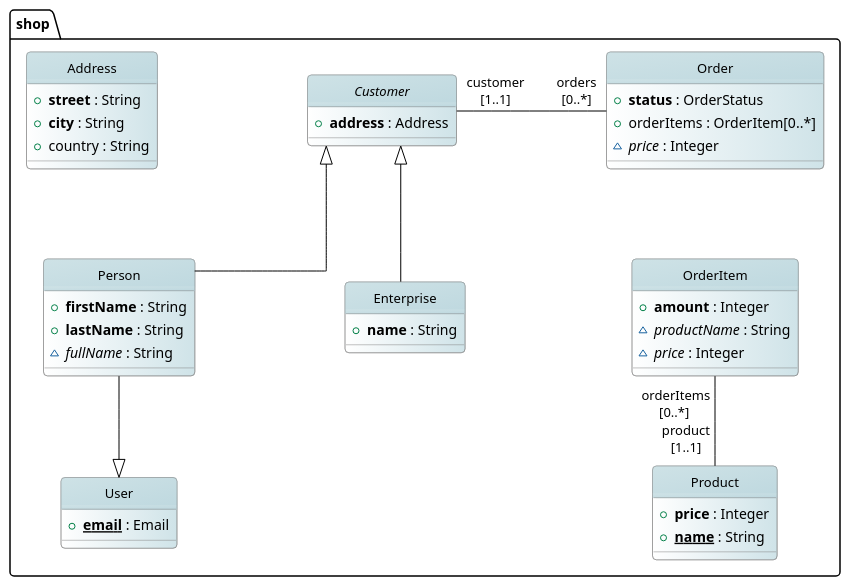
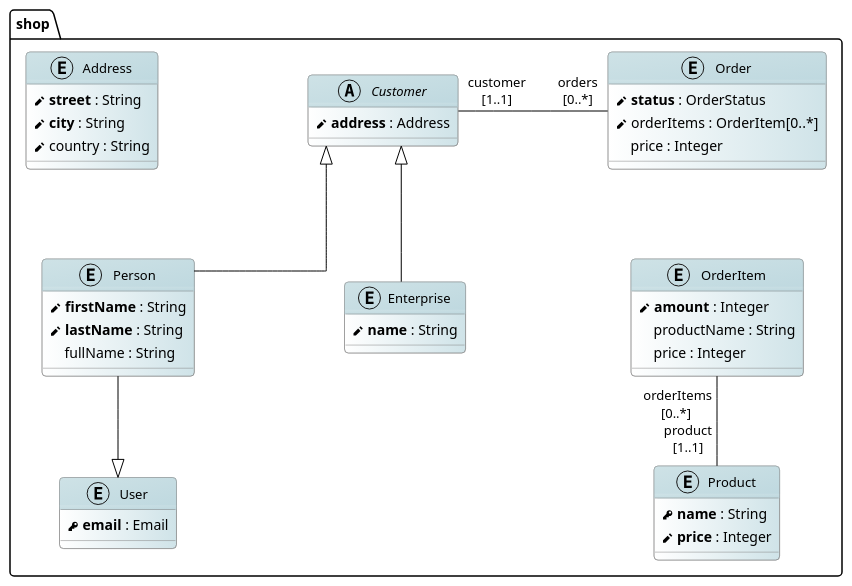
Before and after one commit to BlackBeltTechnology/judo-meta-jsl: the diagram in docs/pages/01_intro.adoc, drawn with PlantUML. The commit also changed other lines of this file and 56 other files, not shown here.

```diff
--- a/docs/pages/01_intro.adoc
+++ b/docs/pages/01_intro.adoc
@@ -110,13 +109,11 @@
 [plantuml, target=diagram-classes, format=png]
 ....
 @startuml shop
-'!pragma layout smetana
-'left to right direction
+allow_mixing
 
 skinparam nodesep 150
 skinparam ranksep 90
 
-hide circle
 hide stereotype
 
 skinparam padding 2
@@ -124,95 +121,108 @@
 skinparam linetype ortho
 
 skinparam class {
-	BackgroundColor #moccasin
-	BorderColor #grey
-	ArrowColor #black
+    BackgroundColor #moccasin
+    BorderColor #grey
+    ArrowColor #black
 
-	FontSize 13
-	'FontStyle bold
+    FontSize 13
 
-	BackgroundColor<< Abstract >> white|#cfe3e8
-	HeaderBackgroundColor<< Abstract >> #cee2e6/#bed8df
-	FontStyle<< Abstract >> italic
+    BackgroundColor<< AutoMapped >> white|#f9f4cb
+    HeaderBackgroundColor<< AutoMapped >> #f4f0c7/#f7f0b9
+    FontStyle<< AutoMapped >> italic
 
-	BackgroundColor<< Entity >> white|#cfe3e8
-	HeaderBackgroundColor<< Entity >> #cee2e6/#bed8df
+    BackgroundColor<< Transfer >> white|#f9f4cb
+    HeaderBackgroundColor<< Transfer >> #f4f0c7/#f7f0b9
 
-	BackgroundColor<< Enumeration >> white|#d6e6c8
-	HeaderBackgroundColor<< Enumeration >> #d6e6c8/#c8e0be
+    BackgroundColor<< MappedService >> white|#d4e5c9
+    HeaderBackgroundColor<< MappedService >> #d1e0c5/#c9dcbb
+    FontStyle<< MappedService >> italic
 
-	BackgroundColor<< Error >> white|#e69987
-	HeaderBackgroundColor<< Error >> #d69080
-	FontStyle<< Error >> normal
+    BackgroundColor<< Service >> white|#d4e5c9
+    HeaderBackgroundColor<< Service >> #d1e0c5/#c9dcbb
 
-	BackgroundColor<< numeric >> white|#d6e6c8
-	HeaderBackgroundColor<< numeric >> #d6e6c8/#c8e0be
+    BackgroundColor<< MappedActor >> white|#dddddd
+    HeaderBackgroundColor<< MappedActor >> #dddddd/#dddddd
+    FontStyle<< MappedActor >> italic
 
-	BackgroundColor<< string >> white|#d6e6c8
-	HeaderBackgroundColor<< string >> #d6e6c8/#c8e0be
+    BackgroundColor<< Actor >> white|#dddddd
+    HeaderBackgroundColor<< Actor >> #dddddd/#dddddd
 
-	BackgroundColor<< date >> white|#d6e6c8
-	HeaderBackgroundColor<< date >> #d6e6c8/#c8e0be
+    BackgroundColor<< Abstract >> white|#cfe3e8
+    HeaderBackgroundColor<< Abstract >> #cee2e6/#bed8df
+    FontStyle<< Abstract >> italic
 
-	BackgroundColor<< timestamp >> white|#d6e6c8
-	HeaderBackgroundColor<< timestamp >> #d6e6c8/#c8e0be
+    BackgroundColor<< Entity >> white|#cfe3e8
+    HeaderBackgroundColor<< Entity >> #cee2e6/#bed8df
 
-	BackgroundColor<< time >> white|#d6e6c8
-	HeaderBackgroundColor<< time >> #d6e6c8/#c8e0be
+    BackgroundColor<< Enumeration >> white|#d6e6c8
+    HeaderBackgroundColor<< Enumeration >> #d6e6c8/#c8e0be
 
-	BackgroundColor<< binary >> white|#d6e6c8
-	HeaderBackgroundColor<< binary >> #d6e6c8/#c8e0be
+    BackgroundColor<< Error >> white|#e69987
+    HeaderBackgroundColor<< Error >> #d69080
+    FontStyle<< Error >> normal
 
-	BackgroundColor<< boolean >> white|#d6e6c8
-	HeaderBackgroundColor<< boolean >> #d6e6c8/#c8e0be
+    BackgroundColor<< numeric >> white|#d6e6c8
+    HeaderBackgroundColor<< numeric >> #d6e6c8/#c8e0be
 
-	BackgroundColor<< External >> white|#efefef
-	HeaderBackgroundColor<< External >> #dedede/#d7d7d7
-	FontColor<< External >> #7f7f7f
-	AttributeFontColor<< External >> #7f7f7f		
+    BackgroundColor<< string >> white|#d6e6c8
+    HeaderBackgroundColor<< string >> #d6e6c8/#c8e0be
+
+    BackgroundColor<< date >> white|#d6e6c8
+    HeaderBackgroundColor<< date >> #d6e6c8/#c8e0be
+
+    BackgroundColor<< timestamp >> white|#d6e6c8
+    HeaderBackgroundColor<< timestamp >> #d6e6c8/#c8e0be
+
+    BackgroundColor<< time >> white|#d6e6c8
+    HeaderBackgroundColor<< time >> #d6e6c8/#c8e0be
+
+    BackgroundColor<< binary >> white|#d6e6c8
+    HeaderBackgroundColor<< binary >> #d6e6c8/#c8e0be
+
+    BackgroundColor<< boolean >> white|#d6e6c8
+    HeaderBackgroundColor<< boolean >> #d6e6c8/#c8e0be
+
+    BackgroundColor<< External >> white|#efefef
+    HeaderBackgroundColor<< External >> #dedede/#d7d7d7
+    FontColor<< External >> #7f7f7f
+    AttributeFontColor<< External >> #7f7f7f
 }
 
-skinparam package<<DataTypes>> {
-	borderColor Transparent
-	backgroundColor Transparent
-	fontColor Transparent
-	stereotypeFontColor Transparent
-}	
-
 package shop {
-	class Address << Entity >> {
-		+<b>street</b> : String
-		+<b>city</b> : String
-		+country : String
-	}
-	class User << Entity >> {
-		+<u><b>email</b></u> : Email
-	}
-	class Customer << Abstract >>  {
-		+<b>address</b> : Address
-	}
-	class Person << Entity >> {
-		+<b>firstName</b> : String
-		+<b>lastName</b> : String
-		~<i>fullName</i> : String
-	}
-	class Enterprise << Entity >> {
-		+<b>name</b> : String
-	}
-	class Order << Entity >> {
-		+<b>status</b> : OrderStatus
-		+orderItems : OrderItem[0..*]
-		~<i>price</i> : Integer
-	}
-	class OrderItem << Entity >> {
-		+<b>amount</b> : Integer
-		~<i>productName</i> : String
-		~<i>price</i> : Integer
-	}
-	class Product << Entity >> {
-		+<b>price</b> : Integer
-		+<u><b>name</b></u> : String
-	}
+    class Address << (E,Transparent) Entity >> {
+    <&pencil> <b>street</b> : String
+    <&pencil> <b>city</b> : String
+    <&pencil> country : String
+    }
+    class User << (E,Transparent) Entity >> {
+    <&key> <b>email</b> : Email
+    }
+    class Customer << (A,Transparent) Abstract >>  {
+    <&pencil> <b>address</b> : Address
+    }
+    class Person << (E,Transparent) Entity >> {
+    <&pencil> <b>firstName</b> : String
+    <&pencil> <b>lastName</b> : String
+    <U+00A0><U+00A0><U+00A0><U+00A0>fullName : String
+    }
+    class Enterprise << (E,Transparent) Entity >> {
+    <&pencil> <b>name</b> : String
+    }
+    class Order << (E,Transparent) Entity >> {
+    <&pencil> <b>status</b> : OrderStatus
+    <&pencil> orderItems : OrderItem[0..*]
+    <U+00A0><U+00A0><U+00A0><U+00A0>price : Integer
+    }
+    class OrderItem << (E,Transparent) Entity >> {
+    <&pencil> <b>amount</b> : Integer
+    <U+00A0><U+00A0><U+00A0><U+00A0>productName : String
+    <U+00A0><U+00A0><U+00A0><U+00A0>price : Integer
+    }
+    class Product << (E,Transparent) Entity >> {
+    <&key> <b>name</b> : String
+    <&pencil> <b>price</b> : Integer
+    }
 
 	Customer  "customer\n[1..1]" -right-   "orders\n[0..*]" Order
 	OrderItem  "orderItems\n[0..*] " --   "product\n[1..1]" Product
```
